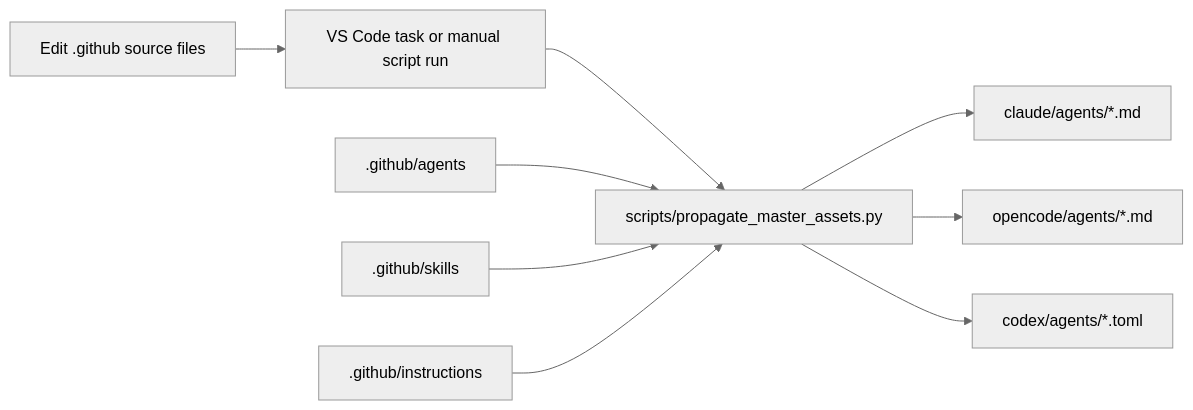
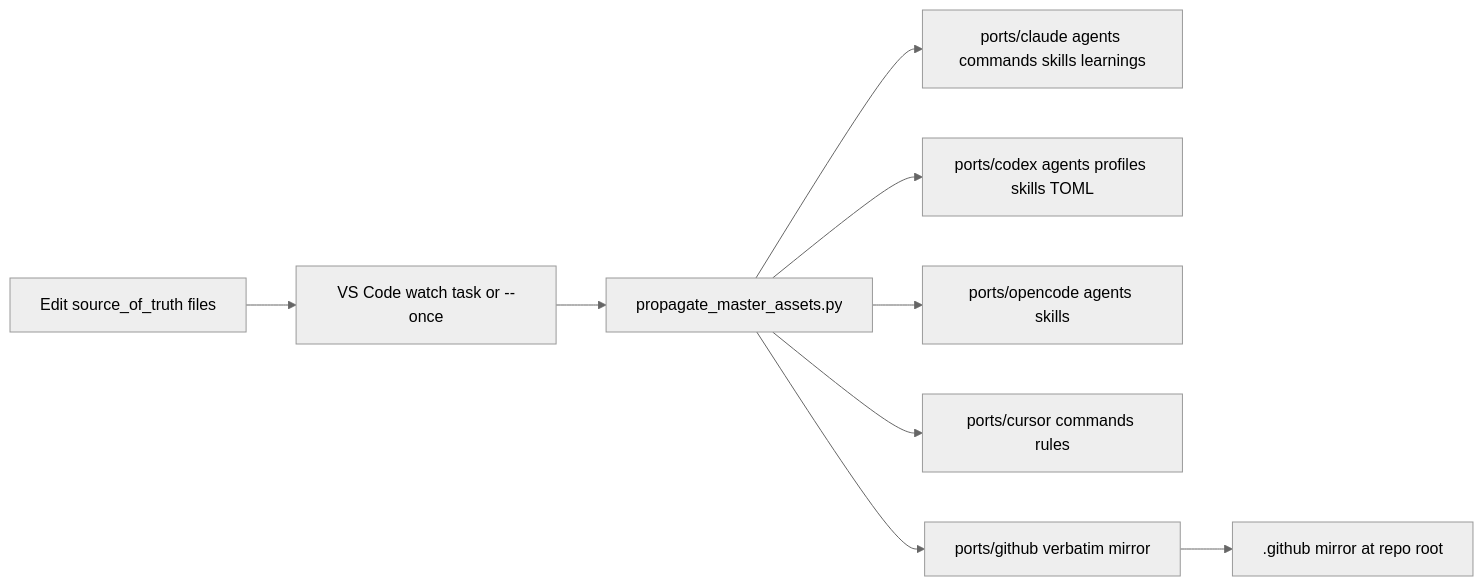
One commit to threnjen/thren-agentic-workflows changed the second of 4 diagrams in docs/ARCHITECTURE.md. Above: the diagram before and after it, drawn with Mermaid (neutral theme). The commit also changed other lines of this file and 687 other files, not shown here.

````diff
--- a/docs/ARCHITECTURE.md
+++ b/docs/ARCHITECTURE.md
@@ -52,12 +55,11 @@
 ```mermaid
 flowchart LR
-    Author[Edit .github source files] --> Watcher[VS Code task or manual script run]
-    Watcher --> Script[scripts/propagate_master_assets.py]
-    Script --> ClaudeOut[claude/agents/*.md]
-    Script --> OpenCodeOut[opencode/agents/*.md]
-    Script --> CodexOut[codex/agents/*.toml]
-
-    GHAgents[.github/agents] --> Script
-    GHSkills[.github/skills] --> Script
-    GHInstructions[.github/instructions] --> Script
+    Author[Edit source_of_truth files] --> Watcher[VS Code watch task or --once]
+    Watcher --> Script[propagate_master_assets.py]
+    Script --> ClaudeOut[ports/claude agents commands skills learnings]
+    Script --> CodexOut[ports/codex agents profiles skills TOML]
+    Script --> OpenCodeOut[ports/opencode agents skills]
+    Script --> CursorOut[ports/cursor commands rules]
+    Script --> GithubPort[ports/github verbatim mirror]
+    GithubPort --> DotGithub[.github mirror at repo root]
 ```
````
